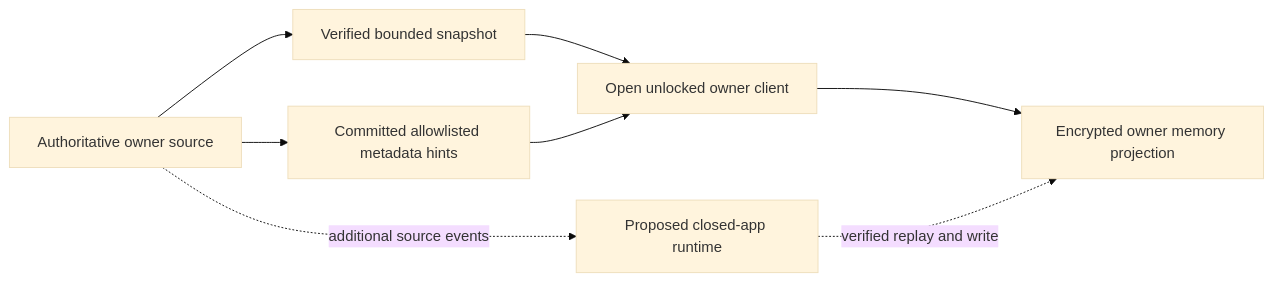
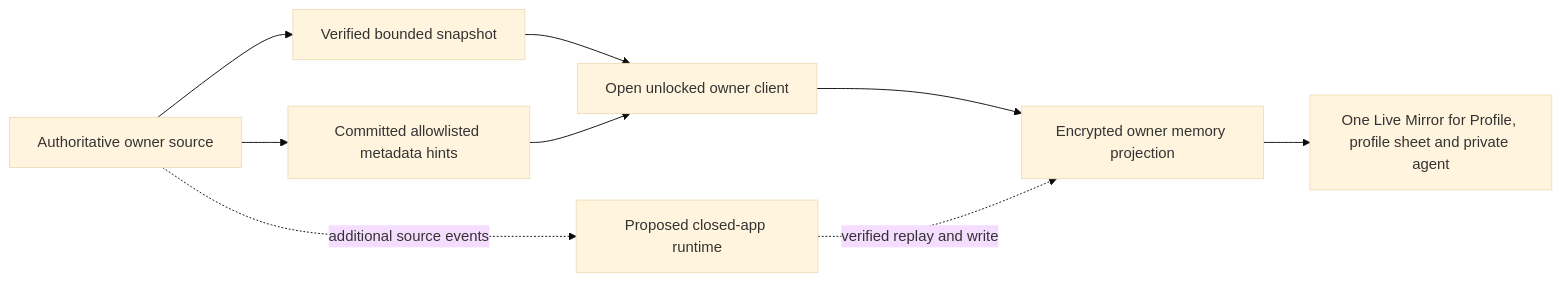
The diagram in docs/reference/architecture/live-memory-p0-acceptance-stories.md (hushh-labs/hushh-research), drawn with Mermaid (base theme) before and after one commit. The commit also changed other lines of this file and 3 other files, not shown here.

````diff
--- a/docs/reference/architecture/live-memory-p0-acceptance-stories.md
+++ b/docs/reference/architecture/live-memory-p0-acceptance-stories.md
@@ -7,10 +7,11 @@
 ```mermaid
 flowchart LR
   Source[Authoritative owner source] --> Snapshot[Verified bounded snapshot]
   Snapshot --> Client[Open unlocked owner client]
   Client --> Encrypted[Encrypted owner memory projection]
+  Encrypted --> Mirror[One Live Mirror for Profile, profile sheet and private agent]
   Source --> CommitJournal[Committed allowlisted metadata hints]
   CommitJournal --> Client
   Source -. additional source events .-> Runtime[Proposed closed-app runtime]
   Runtime -. verified replay and write .-> Encrypted
 ```
````
